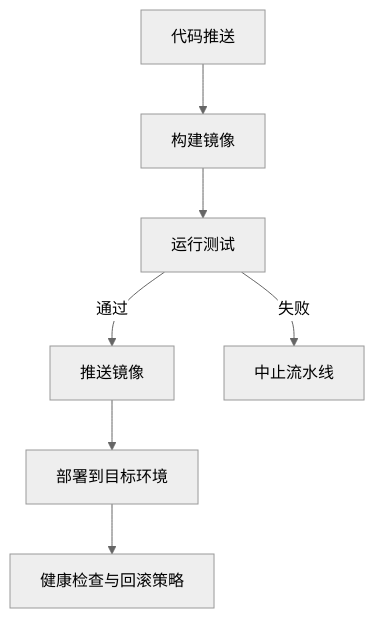
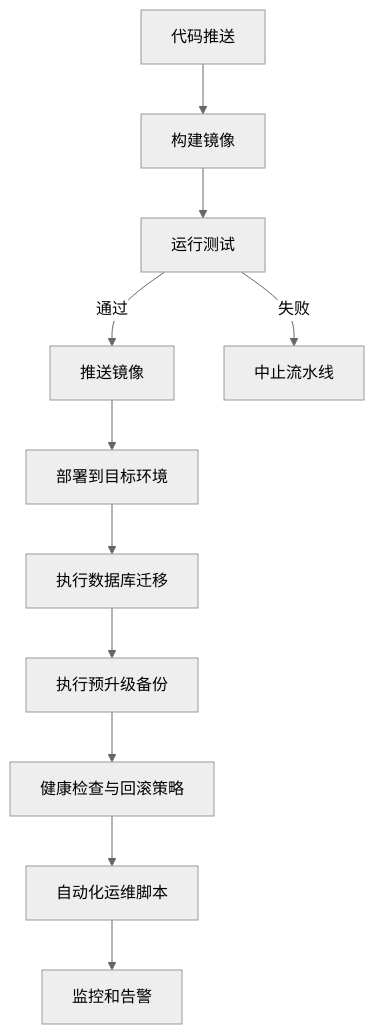
One commit to vu1Art1st/talos changed the seventh of 8 diagrams in .qoder/repowiki/zh/content/部署配置/部署配置.md. Above: the diagram before and after it, drawn with Mermaid (neutral theme). The commit also changed other lines of this file and 129 other files, not shown here.

````diff
--- a/.qoder/repowiki/zh/content/部署配置/部署配置.md
+++ b/.qoder/repowiki/zh/content/部署配置/部署配置.md
@@ -269,9 +420,13 @@
 ```mermaid
 flowchart TD
 Push["代码推送"] --> Build["构建镜像"]
 Build --> Test["运行测试"]
 Test --> |通过| Publish["推送镜像"]
 Test --> |失败| Abort["中止流水线"]
 Publish --> Deploy["部署到目标环境"]
-Deploy --> Verify["健康检查与回滚策略"]
+Deploy --> Migrate["执行数据库迁移"]
+Migrate --> Backup["执行预升级备份"]
+Backup --> Verify["健康检查与回滚策略"]
+Verify --> Ops["自动化运维脚本"]
+Ops --> Monitor["监控和告警"]
 ```
````
